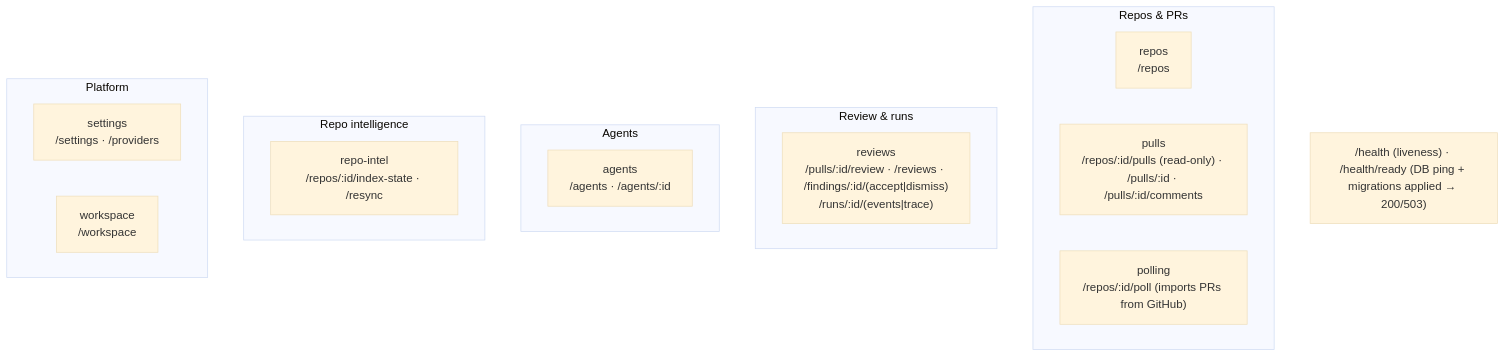
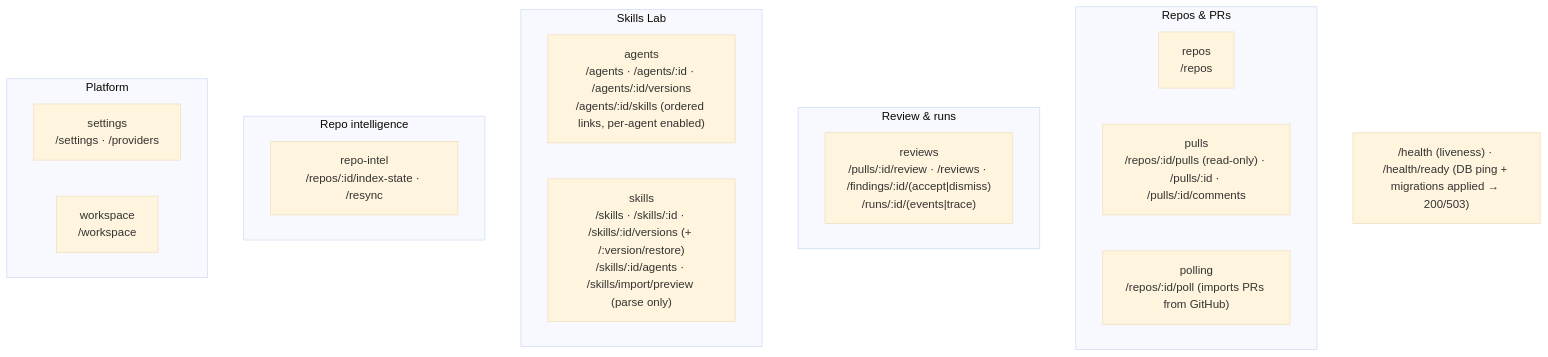
The second of 2 diagrams in server/README.md (vvovnenko/dev-digest), drawn with Mermaid (base theme) before and after one commit. The commit also changed other lines of this file and 200 other files, not shown here.

First line of the commit message:
feat(skills): Skills Lab — reusable agent skills, import, Test Quality Reviewer, delete modal (L02)

````diff
--- a/server/README.md
+++ b/server/README.md
@@ -76,22 +76,23 @@
 ```mermaid
 flowchart TB
   subgraph Repos_PRs["Repos & PRs"]
     repos["repos<br/>/repos"]
     pulls["pulls<br/>/repos/:id/pulls (read-only) · /pulls/:id · /pulls/:id/comments"]
     polling["polling<br/>/repos/:id/poll (imports PRs from GitHub)"]
   end
   subgraph Review["Review & runs"]
     reviews["reviews<br/>/pulls/:id/review · /reviews · /findings/:id/(accept|dismiss)<br/>/runs/:id/(events|trace)"]
   end
-  subgraph Agents["Agents"]
-    agents["agents<br/>/agents · /agents/:id"]
+  subgraph SkillsLab["Skills Lab"]
+    agents["agents<br/>/agents · /agents/:id · /agents/:id/versions<br/>/agents/:id/skills (ordered links, per-agent enabled)"]
+    skills["skills<br/>/skills · /skills/:id · /skills/:id/versions (+ /:version/restore)<br/>/skills/:id/agents · /skills/import/preview (parse only)"]
   end
   subgraph Intel["Repo intelligence"]
     repoIntel["repo-intel<br/>/repos/:id/index-state · /resync"]
   end
   subgraph Platform["Platform"]
     settings["settings<br/>/settings · /providers"]
     workspace["workspace<br/>/workspace"]
   end
   HEALTH["/health (liveness) · /health/ready (DB ping + migrations applied → 200/503)"]
 ```
````
